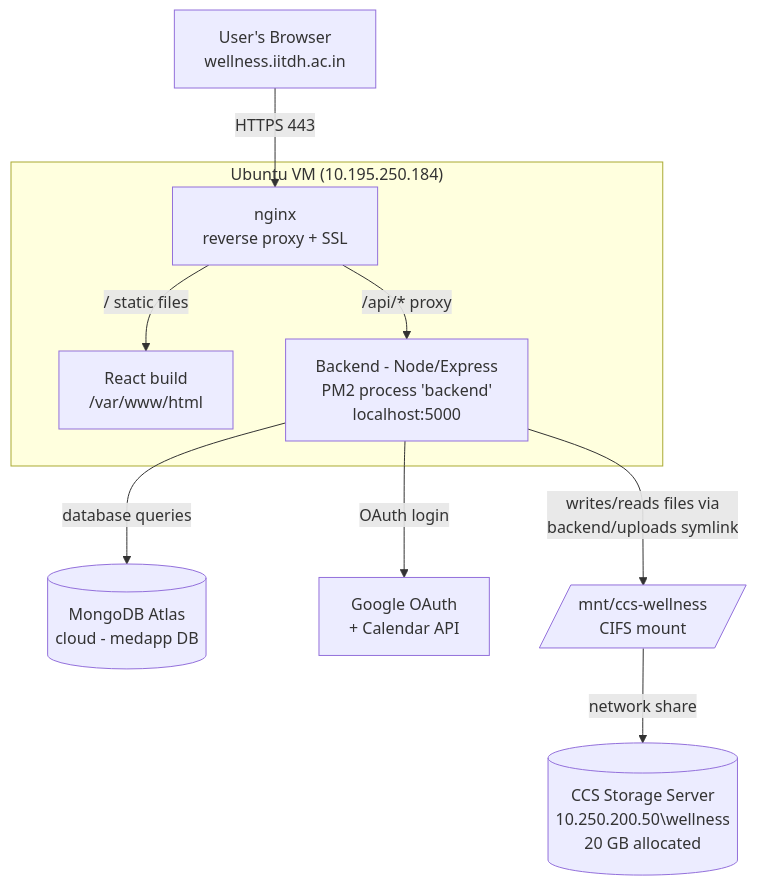
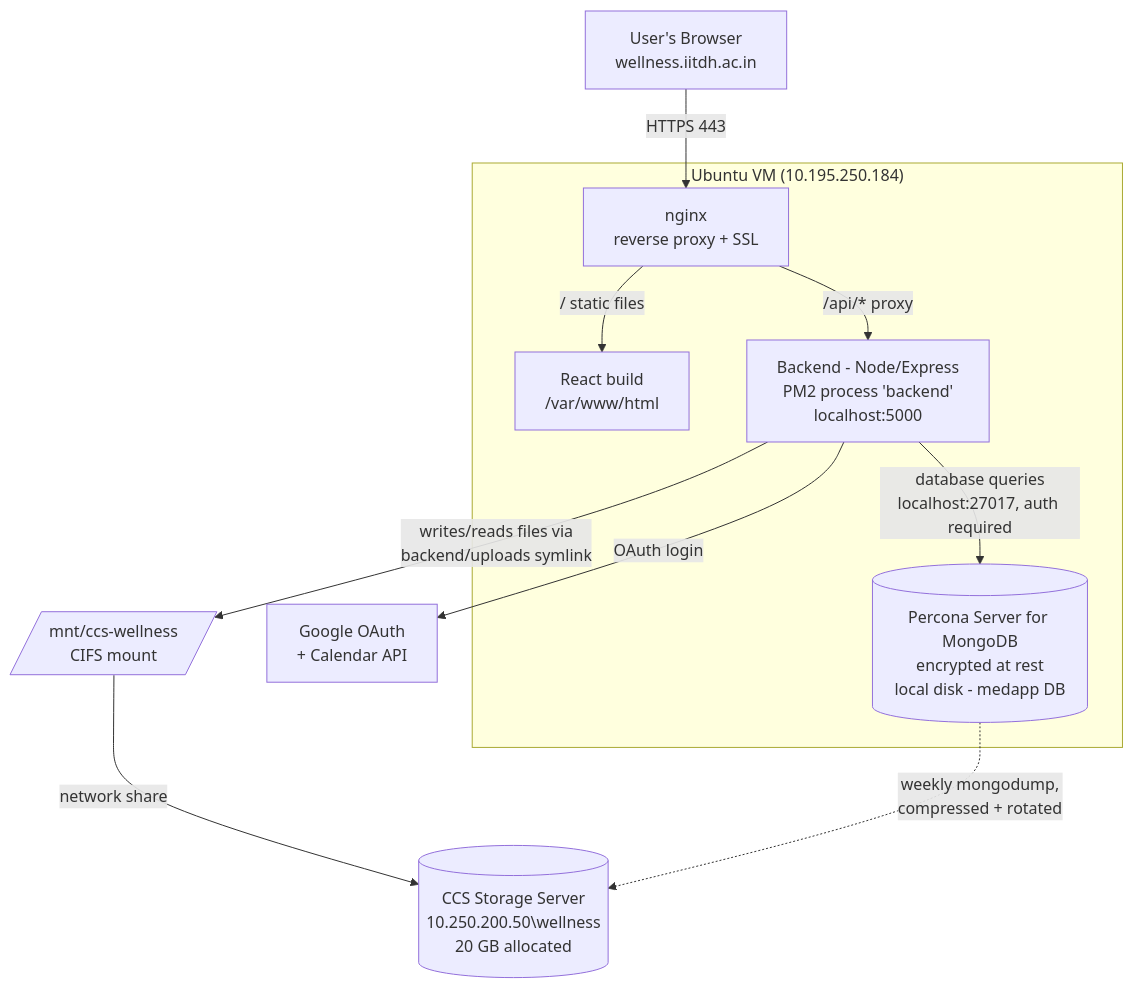
Before and after one commit to swasti-sj/wellness: the diagram in INFRASTRUCTURE.md, drawn with Mermaid. The commit also changed other lines of this file and 4 other files, not shown here.

````diff
--- a/INFRASTRUCTURE.md
+++ b/INFRASTRUCTURE.md
@@ -11,14 +11,15 @@
 ```mermaid
 flowchart TD
     U[User's Browser<br/>wellness.iitdh.ac.in] -->|HTTPS 443| N[nginx<br/>reverse proxy + SSL]
 
     subgraph VM["Ubuntu VM (10.195.250.184)"]
         N -->|/ static files| F[React build<br/>/var/www/html]
         N -->|/api/* proxy| B[Backend - Node/Express<br/>PM2 process 'backend'<br/>localhost:5000]
+        B -->|database queries<br/>localhost:27017, auth required| M[(Percona Server for MongoDB<br/>encrypted at rest<br/>local disk - medapp DB)]
     end
 
-    B -->|database queries| M[(MongoDB Atlas<br/>cloud - medapp DB)]
     B -->|OAuth login| G[Google OAuth<br/>+ Calendar API]
     B -->|writes/reads files via<br/>backend/uploads symlink| S[/mnt/ccs-wellness<br/>CIFS mount/]
     S -->|network share| CCS[(CCS Storage Server<br/>10.250.200.50\wellness<br/>20 GB allocated)]
+    M -.->|weekly mongodump,<br/>compressed + rotated| CCS
 ```
````
